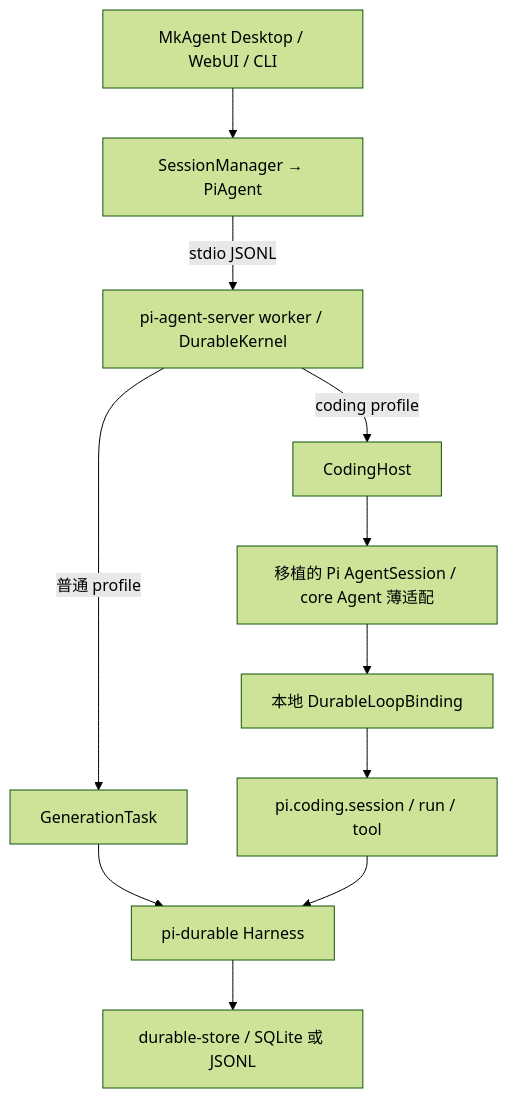
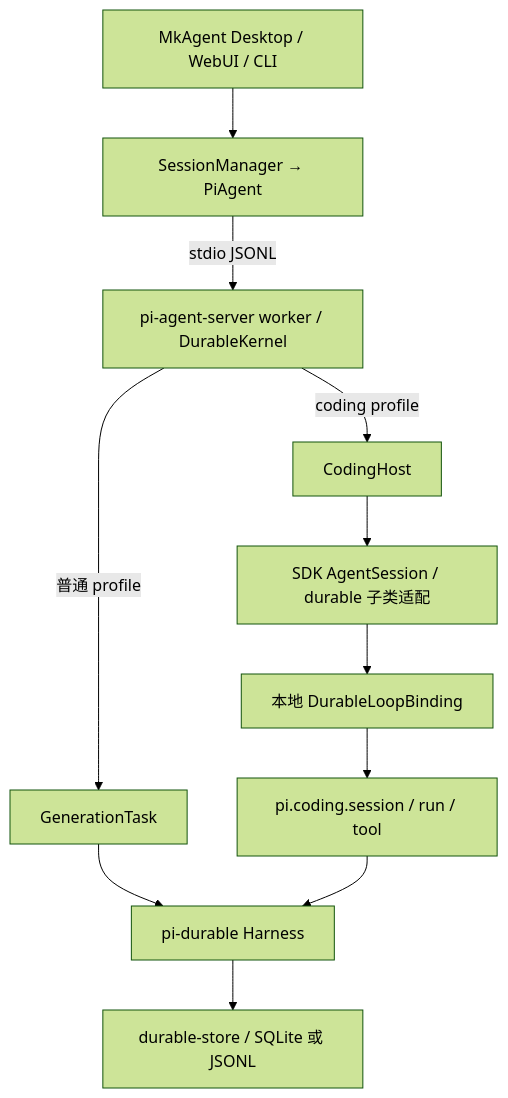
The diagram in docs/pi-durable/coding-architecture.md (syxc/mkagent), drawn with Mermaid (forest theme) before and after one commit. The commit also changed other lines of this file and 68 other files, not shown here.

Commit message:
refactor(pi-durable): use public SDK agent session

````diff
--- a/docs/pi-durable/coding-architecture.md
+++ b/docs/pi-durable/coding-architecture.md
@@ -23,13 +23,13 @@
 ```mermaid
 flowchart TD
     UI["MkAgent Desktop / WebUI / CLI"] --> Product["SessionManager → PiAgent"]
     Product -->|stdio JSONL| Worker["pi-agent-server worker / DurableKernel"]
     Worker -->|coding profile| Host["CodingHost"]
-    Host --> Session["移植的 Pi AgentSession / core Agent 薄适配"]
+    Host --> Session["SDK AgentSession / durable 子类适配"]
     Session --> Binding["本地 DurableLoopBinding"]
     Binding --> Tasks["pi.coding.session / run / tool"]
     Worker -->|普通 profile| Normal["GenerationTask"]
     Normal --> Harness["pi-durable Harness"]
     Tasks --> Harness
     Harness --> Store["durable-store / SQLite 或 JSONL"]
 ```
````
